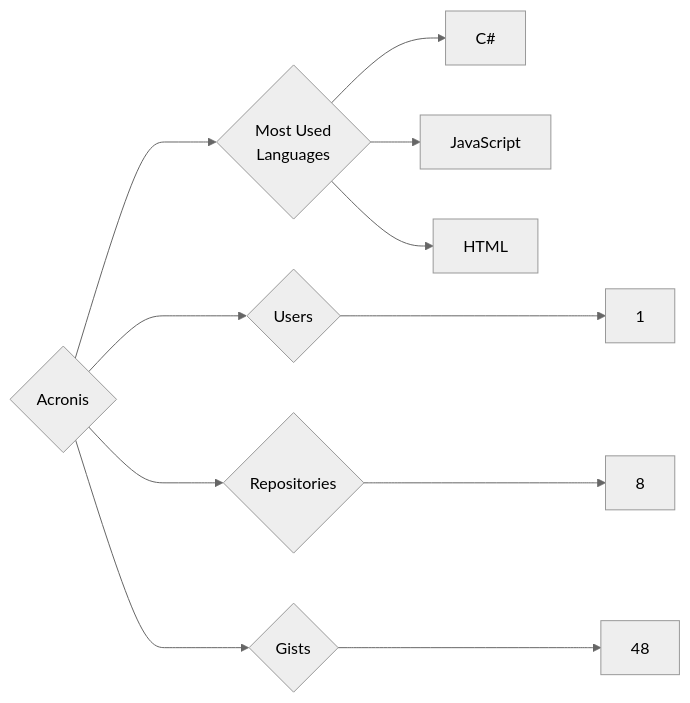
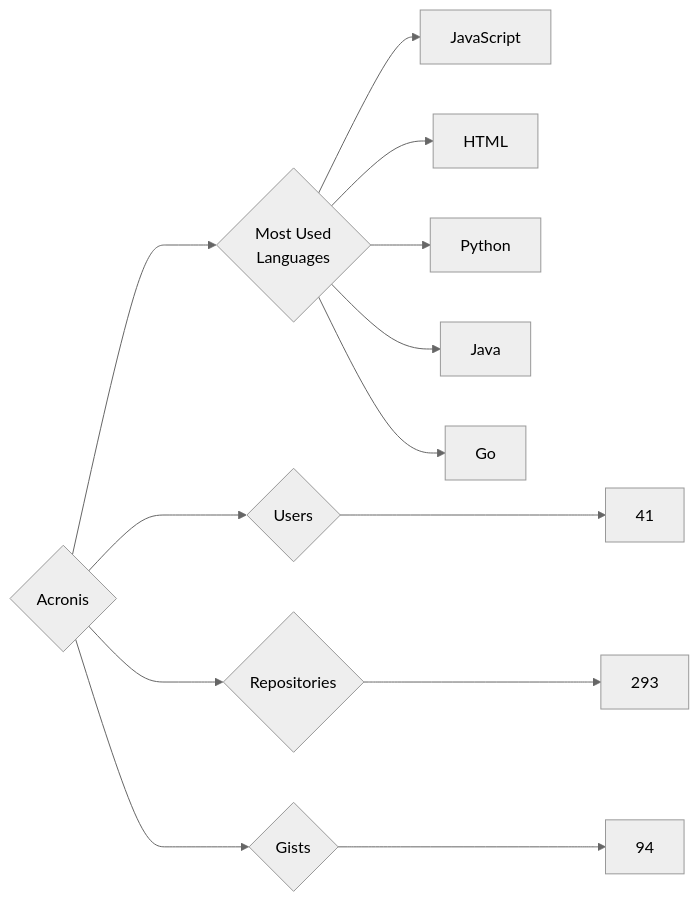
One commit to trickest/insiders changed the diagram in targets/Acronis/README.md. Above: the diagram before and after it, drawn with Mermaid (neutral theme). The commit also changed 681 other files, not shown here.

````diff
--- a/targets/Acronis/README.md
+++ b/targets/Acronis/README.md
@@ -3,11 +3,13 @@
 ```mermaid
 graph LR
 COMPANY_NAME{Acronis}
-COMPANY_NAME ---> U{Users} ---> UN[1]
-COMPANY_NAME ---> R{Repositories} ---> RN[8]
-COMPANY_NAME ---> G{Gists} ---> GN[48]
+COMPANY_NAME ---> U{Users} ---> UN[41]
+COMPANY_NAME ---> R{Repositories} ---> RN[293]
+COMPANY_NAME ---> G{Gists} ---> GN[94]
 COMPANY_NAME ---> ML{Most Used<br>Languages}
-ML --> C#[C#]
 ML --> JavaScript[JavaScript]
 ML --> HTML[HTML]
+ML --> Python[Python]
+ML --> Java[Java]
+ML --> Go[Go]
 ```
````
